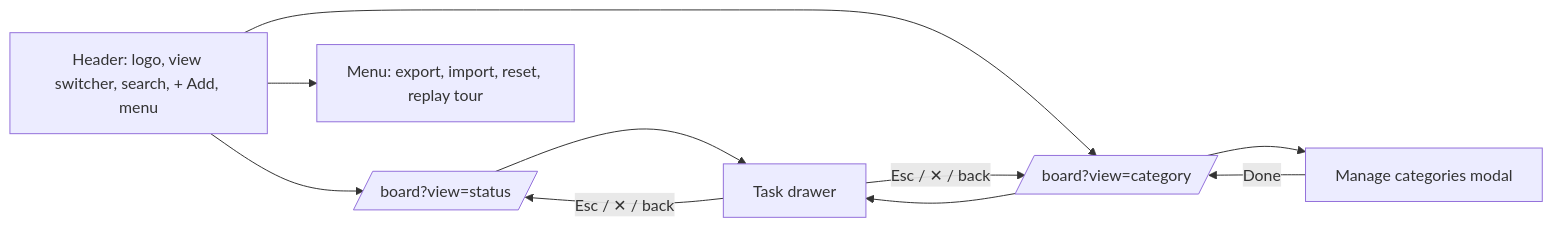
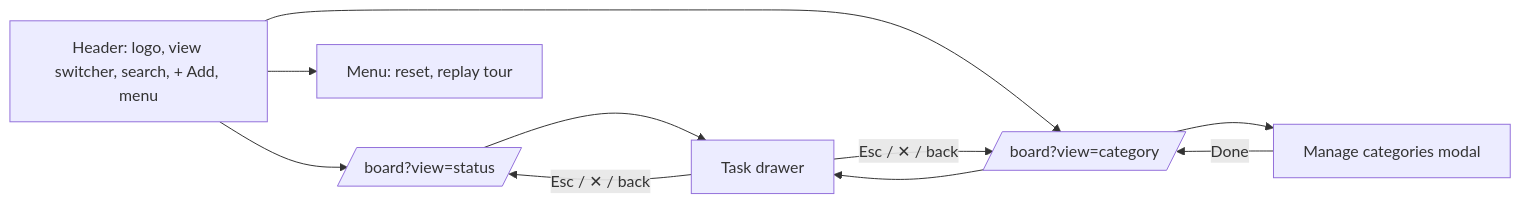
The third of 3 diagrams in README.md (Ka1eidosc0pe/kanban-todo), drawn with Mermaid before and after one commit. The commit also changed other lines of this file and 2 other files, not shown here.

Commit message:
Remove JSON import/export

````diff
--- a/README.md
+++ b/README.md
@@ -86,12 +85,12 @@
 ```mermaid
 flowchart LR
     H[Header: logo, view switcher, search, + Add, menu] --> BS[/board?view=status/]
     H --> BC[/board?view=category/]
     BS --> TD[Task drawer]
     BC --> TD
     BC --> CM[Manage categories modal]
-    H --> MENU[Menu: export, import, reset, replay tour]
+    H --> MENU[Menu: reset, replay tour]
     TD -->|Esc / ✕ / back| BS
     TD -->|Esc / ✕ / back| BC
     CM -->|Done| BC
 ```
````
